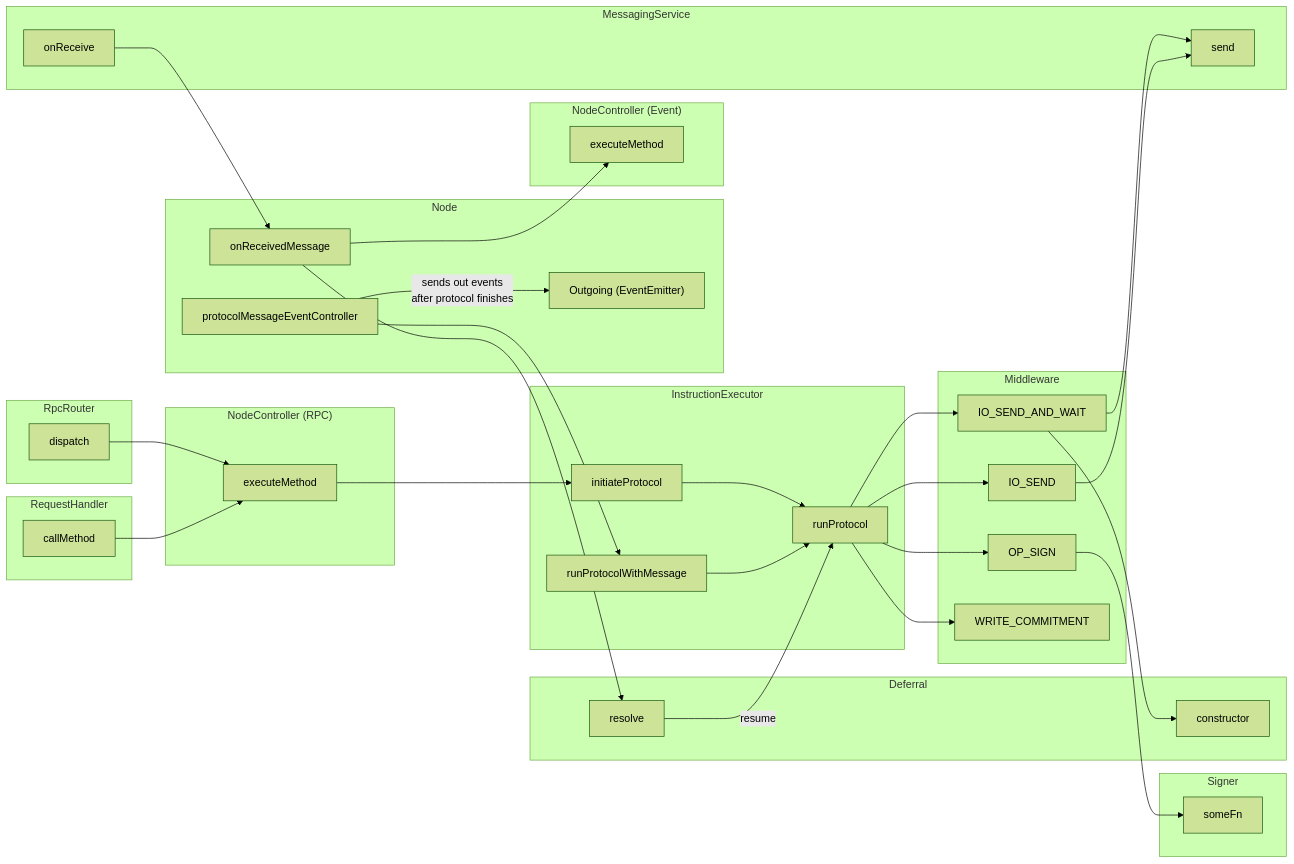
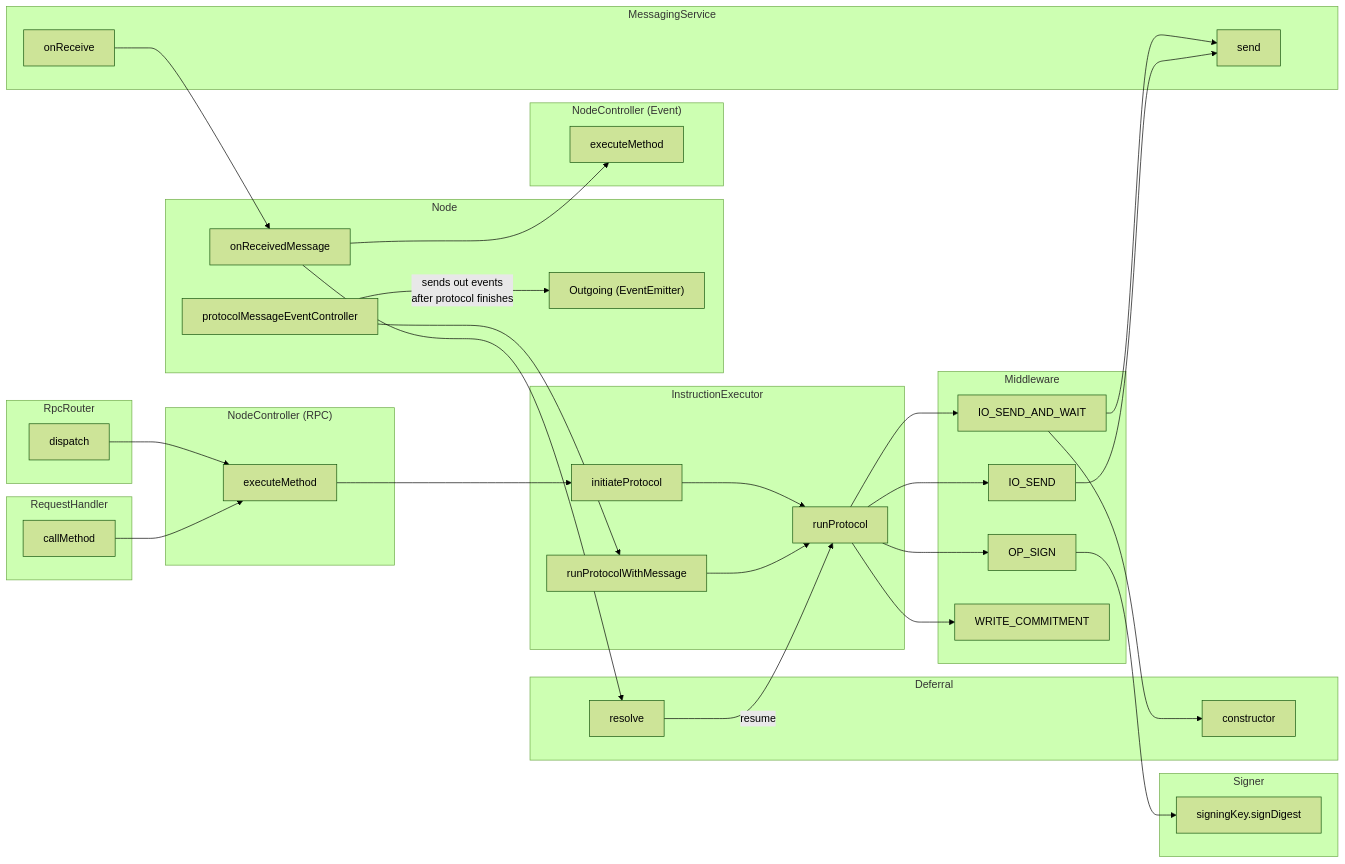
The diagram in packages/node/docs/cfg.mmd (counterfactual/monorepo), drawn with Mermaid (forest theme) before and after one commit.

Commit message:
rename someFn

```diff
--- a/packages/node/docs/cfg.mmd
+++ b/packages/node/docs/cfg.mmd
@@ -1,86 +1,86 @@
 graph LR
 
   subgraph MessagingService
     onReceive
     send
   end
 
   subgraph RequestHandler
     callMethod
   end
 
   subgraph RpcRouter
     dispatch
 
   end
 
   subgraph NodeController["NodeController (RPC)"]
     rpcExecute["executeMethod"]
 
     dispatch-->rpcExecute
     callMethod-->rpcExecute
 
   end
 
   subgraph Middleware
     IO_SEND_AND_WAIT
     IO_SEND
     OP_SIGN
     WRITE_COMMITMENT
     IO_SEND_AND_WAIT-->send
     IO_SEND-->send
   end
 
   subgraph Deferral
     ioSendDeferrals["resolve"]
     deferralCtor["constructor"]
   end
 
   subgraph Signer
-    someFn
+    signDigest["signingKey.signDigest"]
   end
 
   subgraph Node
 
     onReceivedMessage
     onReceive-->onReceivedMessage
 
     onReceivedMessage-->ioSendDeferrals
 
     outgoing["Outgoing (EventEmitter)"]
     protocolMessageEventController-->|sends out events <br>after protocol finishes|outgoing
 
-    OP_SIGN-->someFn
+    OP_SIGN-->signDigest
 
   end
 
   subgraph EventController["NodeController (Event)"]
 
     eventExecute["executeMethod"]
     onReceivedMessage-->eventExecute
 
   end
 
   subgraph InstructionExecutor
 
     initiateProtocol
 
     runProtocolWithMessage
     protocolMessageEventController-->runProtocolWithMessage
     rpcExecute-->initiateProtocol
 
     runProtocol
 
     initiateProtocol-->runProtocol
     runProtocolWithMessage-->runProtocol
 
     ioSendDeferrals-->|resume|runProtocol
 
     IO_SEND_AND_WAIT-->deferralCtor
 
     runProtocol-->IO_SEND_AND_WAIT
     runProtocol-->IO_SEND
     runProtocol-->OP_SIGN
     runProtocol-->WRITE_COMMITMENT
 
   end
```
